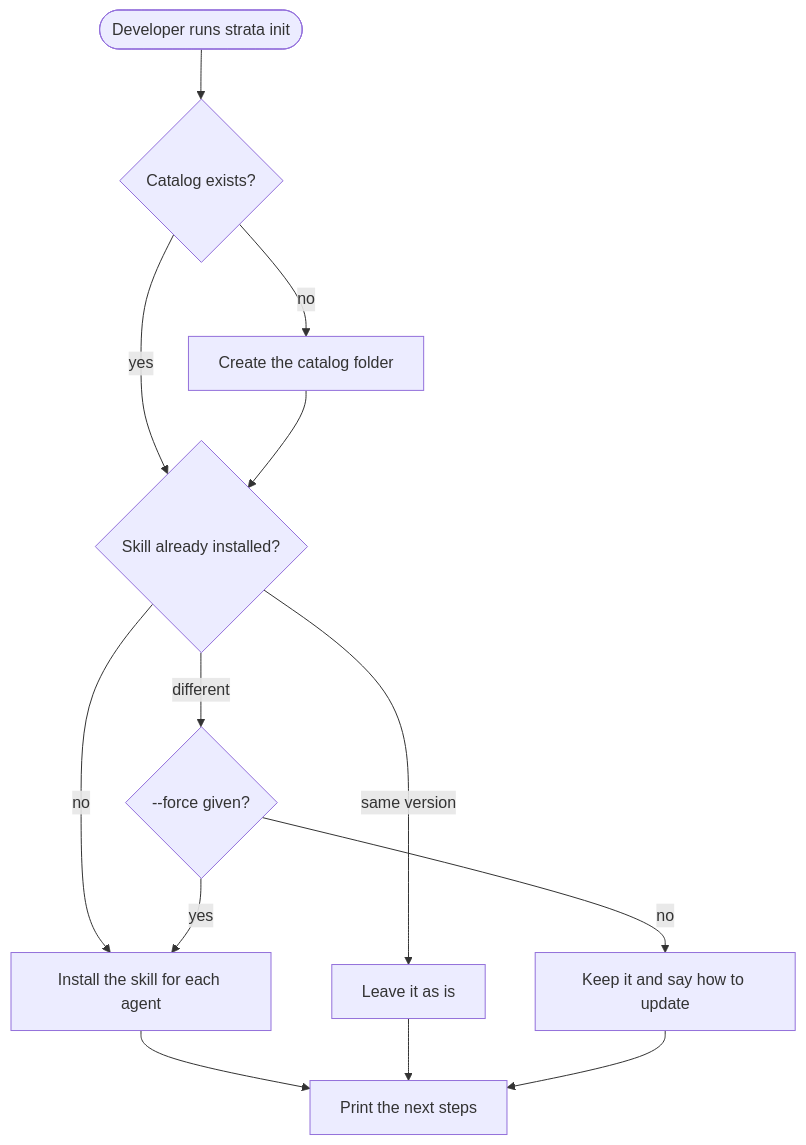
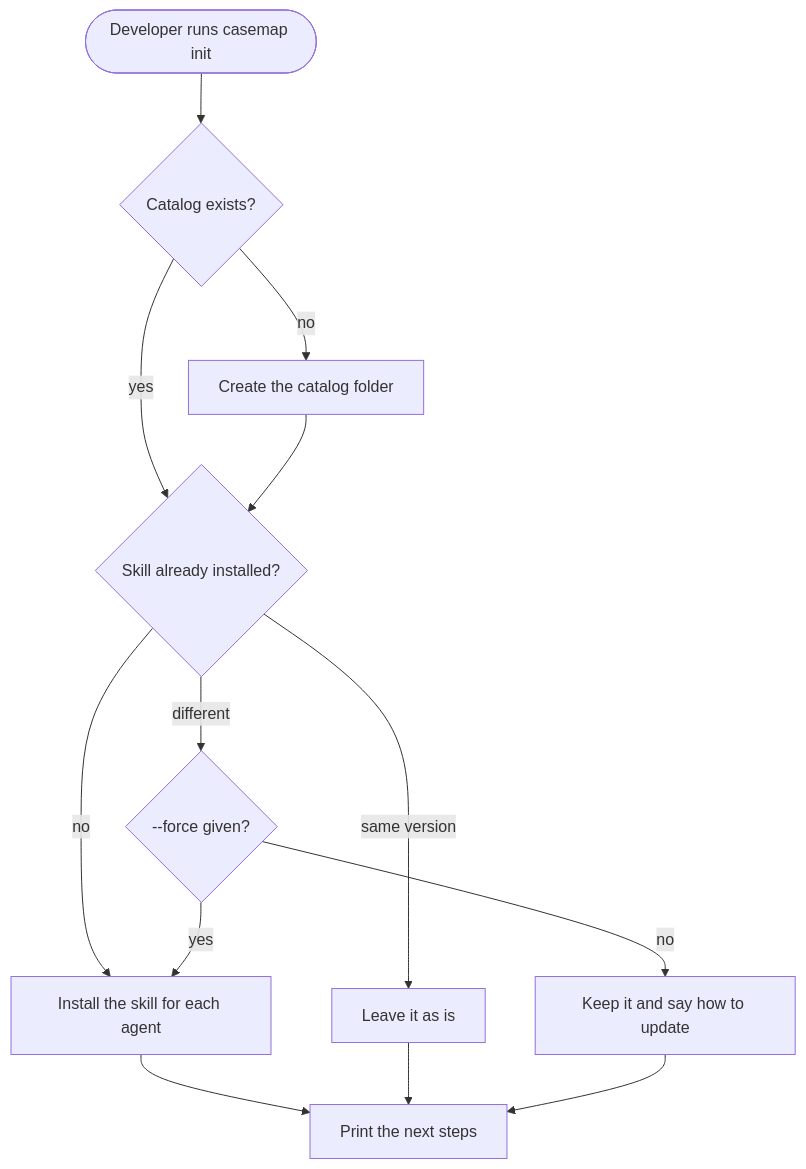
The diagram in docs/flows/set-up-a-catalog.md (Ross-cripto/casemap), drawn with Mermaid before and after one commit. The commit also changed other lines of this file and 65 other files, not shown here.

First line of the commit message:
chore: rename the product from strata to casemap

````diff
--- a/docs/flows/set-up-a-catalog.md
+++ b/docs/flows/set-up-a-catalog.md
@@ -5,16 +5,16 @@
 ```mermaid
 flowchart TD
-    dev([Developer runs strata init]) --> dir{Catalog exists?}
+    dev([Developer runs casemap init]) --> dir{Catalog exists?}
     dir -->|no| create[Create the catalog folder]
     dir -->|yes| skill{Skill already installed?}
     create --> skill
     skill -->|no| install[Install the skill for each agent]
     skill -->|same version| keep[Leave it as is]
     skill -->|different| force{--force given?}
     force -->|yes| install
     force -->|no| warn[Keep it and say how to update]
     install --> next[Print the next steps]
     keep --> next
     warn --> next
-    %% @code install src/skill.rs skills/strata-flows/SKILL.md
+    %% @code install src/skill.rs skills/casemap/SKILL.md
 ```
````
